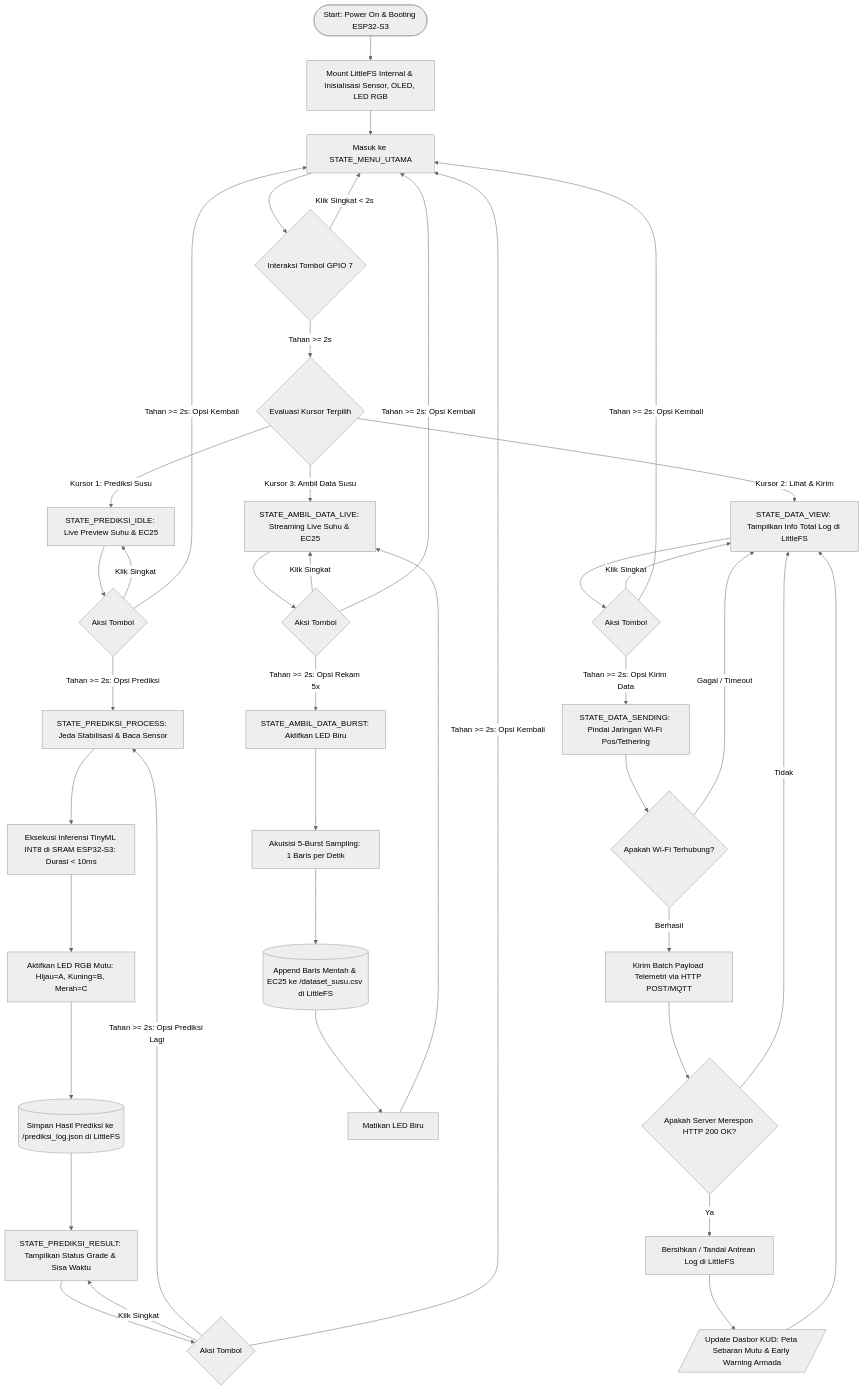
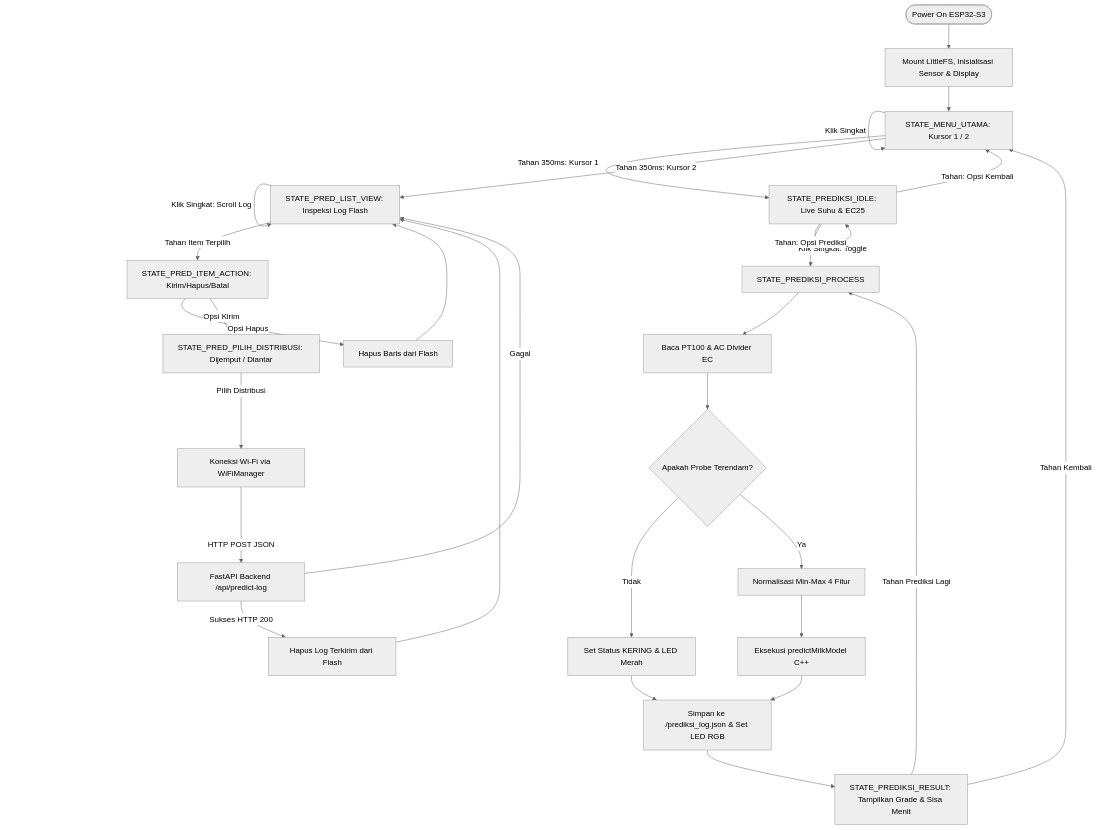
Before and after one commit to ridhoSetia/iot-prediksi-susu: the diagram in README.md, drawn with Mermaid (neutral theme). The commit also changed other lines of this file and 13 other files, not shown here.

````diff
--- a/README.md
+++ b/README.md
@@ -52,51 +48,35 @@
 ```mermaid
 flowchart TD
-    A([Start: Power On & Booting ESP32-S3]) --> B[Mount LittleFS Internal & Inisialisasi Sensor, OLED, LED RGB]
-    B --> C[Masuk ke STATE_MENU_UTAMA]
+    A([Power On ESP32-S3]) --> B[Mount LittleFS, Inisialisasi Sensor & Display]
+    B --> C[STATE_MENU_UTAMA: Kursor 1 / 2]
     
-    C --> D{Interaksi Tombol GPIO 7}
-    D -- Klik Singkat < 2s --> C
-    D -- Tahan >= 2s --> E{Evaluasi Kursor Terpilih}
+    C -- Klik Singkat --> C
+    C -- Tahan 350ms: Kursor 1 --> D[STATE_PREDIKSI_IDLE: Live Suhu & EC25]
+    C -- Tahan 350ms: Kursor 2 --> E[STATE_PRED_LIST_VIEW: Inspeksi Log Flash]
 
-    %% Cabang 1: Prediksi Susu
-    E -- Kursor 1: Prediksi Susu --> F[STATE_PREDIKSI_IDLE: Live Preview Suhu & EC25]
-    F --> G{Aksi Tombol}
-    G -- Klik Singkat --> F
-    G -- Tahan >= 2s: Opsi Kembali --> C
-    G -- Tahan >= 2s: Opsi Prediksi --> H[STATE_PREDIKSI_PROCESS: Jeda Stabilisasi & Baca Sensor]
-    H --> I[Eksekusi Inferensi TinyML INT8 di SRAM ESP32-S3: Durasi < 10ms]
-    I --> J[Aktifkan LED RGB Mutu: Hijau=A, Kuning=B, Merah=C]
-    J --> K[(Simpan Hasil Prediksi ke /prediksi_log.json di LittleFS)]
-    K --> L[STATE_PREDIKSI_RESULT: Tampilkan Status Grade & Sisa Waktu]
-    L --> M{Aksi Tombol}
-    M -- Klik Singkat --> L
-    M -- Tahan >= 2s: Opsi Prediksi Lagi --> H
-    M -- Tahan >= 2s: Opsi Kembali --> C
+    %% Mode Prediksi
+    D -- Klik Singkat: Toggle --> D
+    D -- Tahan: Opsi Kembali --> C
+    D -- Tahan: Opsi Prediksi --> F[STATE_PREDIKSI_PROCESS]
+    F --> G[Baca PT100 & AC Divider EC]
+    G --> H{Apakah Probe Terendam?}
+    H -- Tidak --> I[Set Status KERING & LED Merah]
+    H -- Ya --> J[Normalisasi Min-Max 4 Fitur]
+    J --> K[Eksekusi predictMilkModel C++]
+    K --> L[Simpan ke /prediksi_log.json & Set LED RGB]
+    I --> L
+    L --> M[STATE_PREDIKSI_RESULT: Tampilkan Grade & Sisa Menit]
+    M -- Tahan Prediksi Lagi --> F
+    M -- Tahan Kembali --> C
 
-    %% Cabang 2: Lihat & Kirim Data
-    E -- Kursor 2: Lihat & Kirim --> N[STATE_DATA_VIEW: Tampilkan Info Total Log di LittleFS]
-    N --> O{Aksi Tombol}
-    O -- Klik Singkat --> N
-    O -- Tahan >= 2s: Opsi Kembali --> C
-    O -- Tahan >= 2s: Opsi Kirim Data --> P[STATE_DATA_SENDING: Pindai Jaringan Wi-Fi Pos/Tethering]
-    P --> Q{Apakah Wi-Fi Terhubung?}
-    Q -- Gagal / Timeout --> N
-    Q -- Berhasil --> R[Kirim Batch Payload Telemetri via HTTP POST/MQTT]
-    R --> S{Apakah Server Merespon HTTP 200 OK?}
-    S -- Ya --> T[Bersihkan / Tandai Antrean Log di LittleFS]
-    S -- Tidak --> N
-    T --> U[/Update Dasbor KUD: Peta Sebaran Mutu & Early Warning Armada/]
-    U --> N
-
-    %% Cabang 3: Ambil Data Susu
-    E -- Kursor 3: Ambil Data Susu --> V[STATE_AMBIL_DATA_LIVE: Streaming Live Suhu & EC25]
-    V --> W{Aksi Tombol}
-    W -- Klik Singkat --> V
-    W -- Tahan >= 2s: Opsi Kembali --> C
-    W -- Tahan >= 2s: Opsi Rekam 5x --> X[STATE_AMBIL_DATA_BURST: Aktifkan LED Biru]
-    X --> Y[Akuisisi 5-Burst Sampling: 1 Baris per Detik]
-    Y --> Z[(Append Baris Mentah & EC25 ke /dataset_susu.csv di LittleFS)]
-    Z --> AA[Matikan LED Biru]
-    AA --> V
+    %% Mode Log & Kirim
+    E -- Klik Singkat: Scroll Log --> E
+    E -- Tahan Item Terpilih --> N[STATE_PRED_ITEM_ACTION: Kirim/Hapus/Batal]
+    N -- Opsi Hapus --> O[Hapus Baris dari Flash] --> E
+    N -- Opsi Kirim --> P[STATE_PRED_PILIH_DISTRIBUSI: Dijemput / Diantar]
+    P -- Pilih Distribusi --> Q[Koneksi Wi-Fi via WiFiManager]
+    Q -- HTTP POST JSON --> R[FastAPI Backend /api/predict-log]
+    R -- Sukses HTTP 200 --> S[Hapus Log Terkirim dari Flash] --> E
+    R -- Gagal --> E
 
 ```
````
